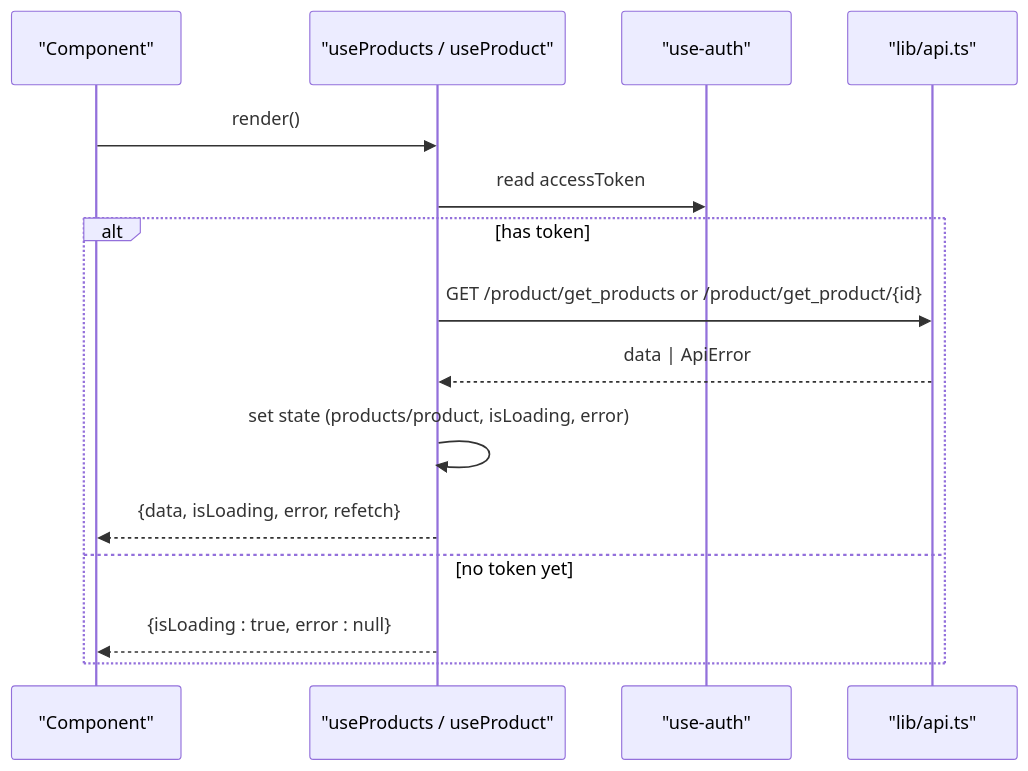
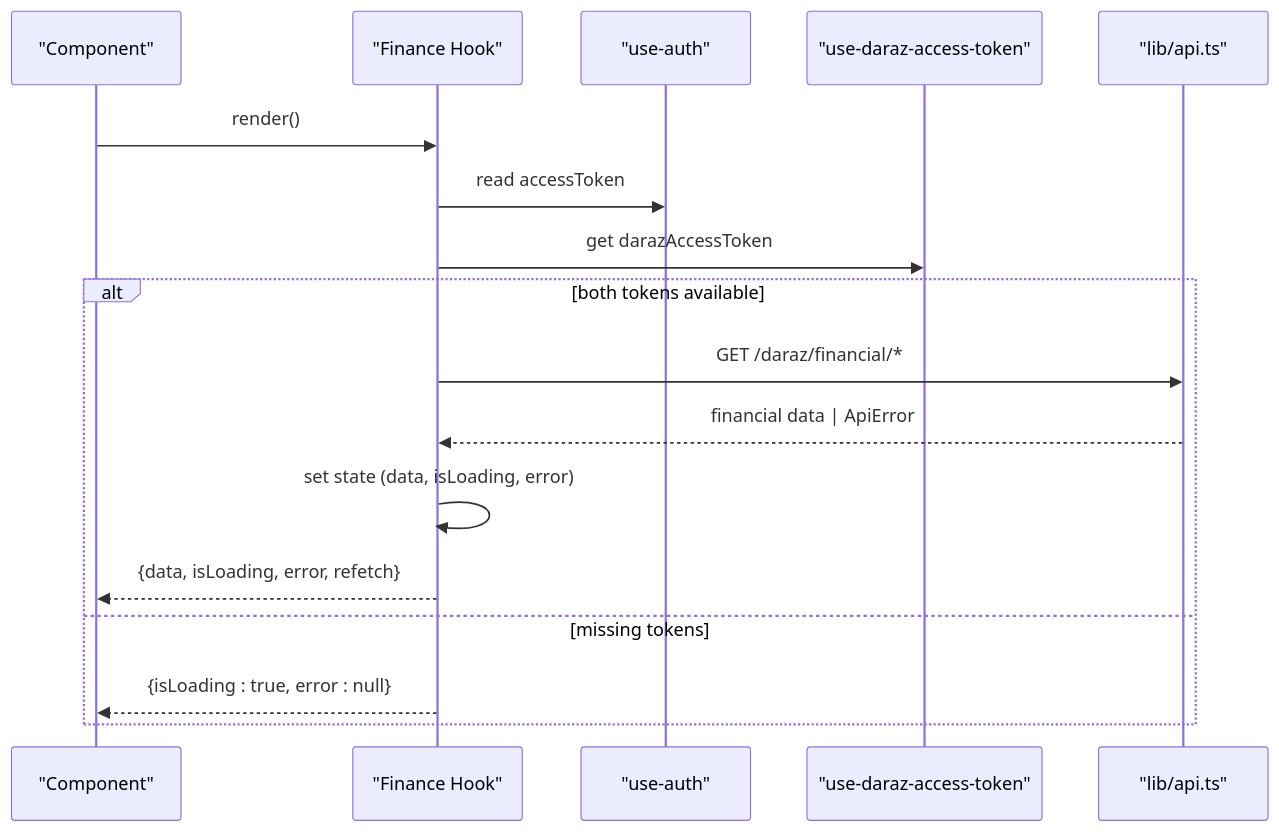
One commit to Muhammad-Masood/tijarah-ai-app changed the second of 19 diagrams in .qoder/repowiki/en/content/Hooks & State Management.md. Above: the diagram before and after it, drawn with Mermaid. The commit also changed other lines of this file and 25 other files, not shown here.

````diff
--- a/.qoder/repowiki/en/content/Hooks & State Management.md
+++ b/.qoder/repowiki/en/content/Hooks & State Management.md
@@ -151,17 +210,19 @@
 ```mermaid
 sequenceDiagram
 participant C as "Component"
-participant H as "useProducts / useProduct"
+participant H as "Finance Hook"
 participant A as "use-auth"
+participant T as "use-daraz-access-token"
 participant API as "lib/api.ts"
 C->>H : render()
 H->>A : read accessToken
-alt has token
-H->>API : GET /product/get_products or /product/get_product/{id}
-API-->>H : data | ApiError
-H->>H : set state (products/product, isLoading, error)
+H->>T : get darazAccessToken
+alt both tokens available
+H->>API : GET /daraz/financial/*
+API-->>H : financial data | ApiError
+H->>H : set state (data, isLoading, error)
 H-->>C : {data, isLoading, error, refetch}
-else no token yet
+else missing tokens
 H-->>C : {isLoading : true, error : null}
 end
 ```
````
